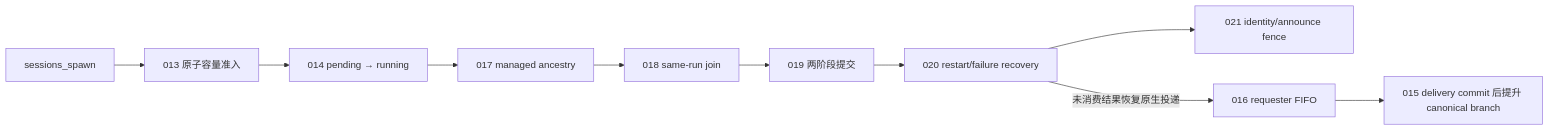
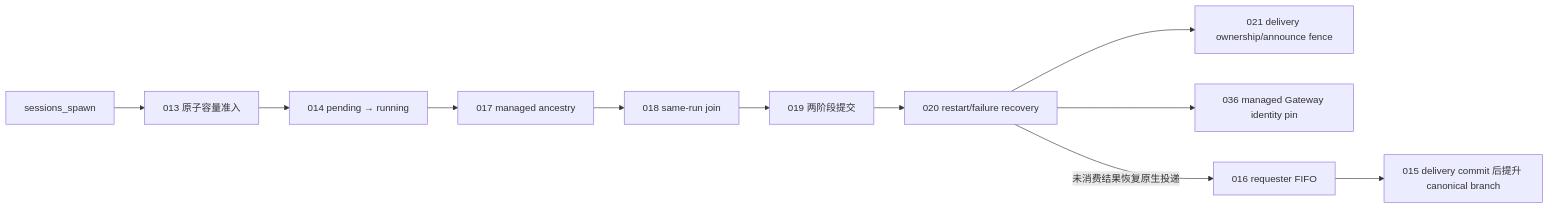
The diagram in scripts/patches/v2026.7.1-2/README.md (liangxhao/JustDo), drawn with Mermaid before and after one commit. The commit also changed other lines of this file and 9 other files, not shown here.

````diff
--- a/scripts/patches/v2026.7.1-2/README.md
+++ b/scripts/patches/v2026.7.1-2/README.md
@@ -55,12 +55,13 @@
 ```mermaid
 flowchart LR
   Spawn[sessions_spawn] --> Admission[013 原子容量准入]
   Admission --> Lifecycle[014 pending → running]
   Lifecycle --> Classify[017 managed ancestry]
   Classify --> Join[018 same-run join]
   Join --> Commit[019 两阶段提交]
   Commit --> Recovery[020 restart/failure recovery]
-  Recovery --> Fence[021 identity/announce fence]
+  Recovery --> Fence[021 delivery ownership/announce fence]
+  Recovery --> Identity[036 managed Gateway identity pin]
   Recovery -->|未消费结果恢复原生投递| Queue[016 requester FIFO]
   Queue --> Promote[015 delivery commit 后提升 canonical branch]
 ```
````
